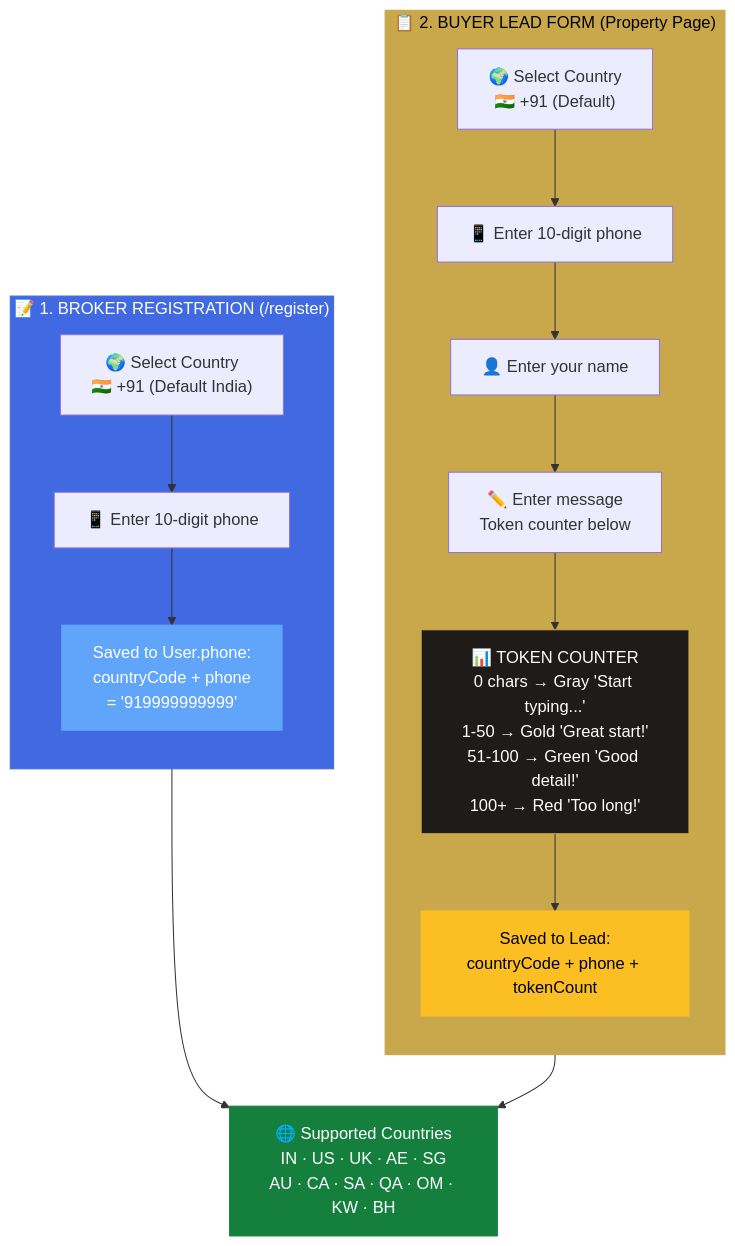
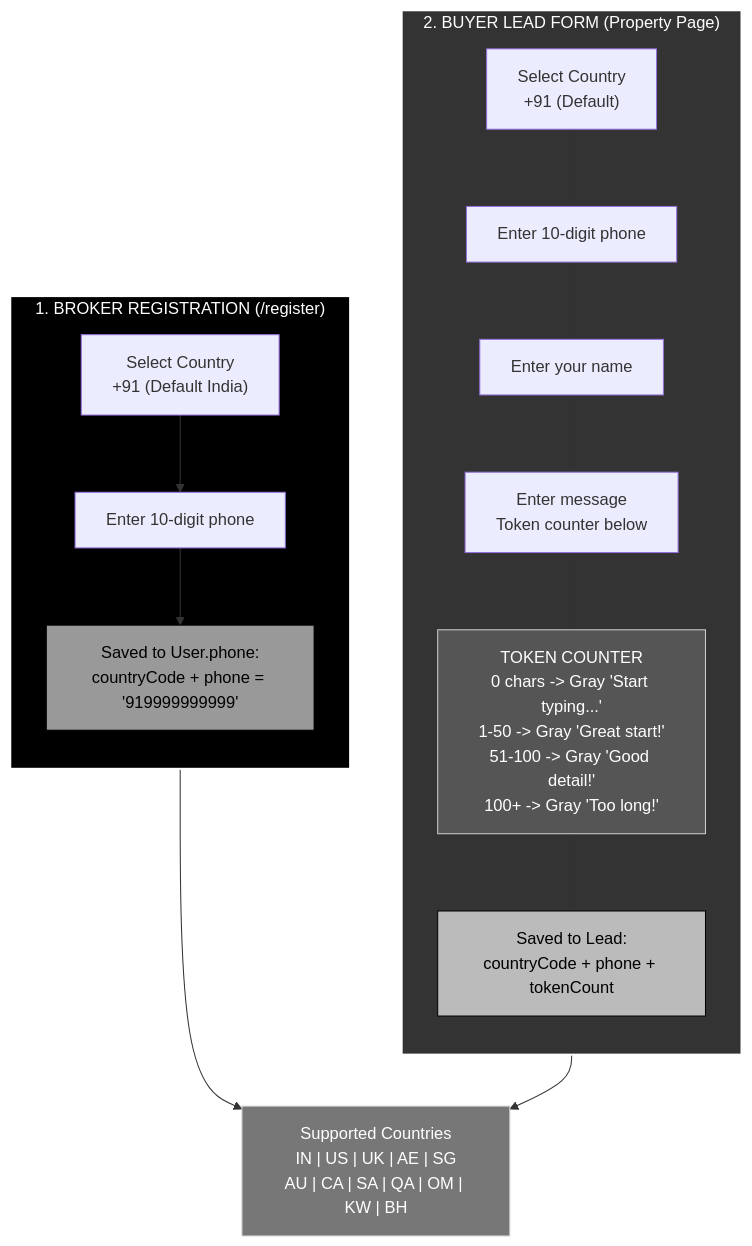
One commit to DeadCoder-N/Soryvanta changed diagram 13 of 16 in README.md. Above: the diagram before and after it, drawn with Mermaid. The commit also changed other lines of this file, not shown here.

````diff
--- a/README.md
+++ b/README.md
@@ -1004,35 +1004,35 @@
 ```mermaid
 flowchart TB
-    subgraph REGISTER["📝 1. BROKER REGISTRATION (/register)"]
+    subgraph REGISTER["1. BROKER REGISTRATION (/register)"]
         direction TB
-        R_SELECT["🌍 Select Country<br/>🇮🇳 +91 (Default India)"]
-        R_PHONE["📱 Enter 10-digit phone"]
-        R_SAVE["Saved to User.phone:<br/>countryCode + phone<br/>= '919999999999'"]
-        
+        R_SELECT["Select Country<br/>+91 (Default India)"]
+        R_PHONE["Enter 10-digit phone"]
+        R_SAVE["Saved to User.phone:<br/>countryCode + phone = '919999999999'"]
+
         R_SELECT --> R_PHONE --> R_SAVE
     end
 
-    subgraph LEADFORM["📋 2. BUYER LEAD FORM (Property Page)"]
+    subgraph LEADFORM["2. BUYER LEAD FORM (Property Page)"]
         direction TB
-        L_SELECT["🌍 Select Country<br/>🇮🇳 +91 (Default)"]
-        L_PHONE["📱 Enter 10-digit phone"]
-        L_NAME["👤 Enter your name"]
-        L_MESSAGE["✏️ Enter message<br/>Token counter below"]
-        L_TOKEN["📊 TOKEN COUNTER<br/>0 chars → Gray 'Start typing...'<br/>1-50 → Gold 'Great start!'<br/>51-100 → Green 'Good detail!'<br/>100+ → Red 'Too long!'"]
+        L_SELECT["Select Country<br/>+91 (Default)"]
+        L_PHONE["Enter 10-digit phone"]
+        L_NAME["Enter your name"]
+        L_MESSAGE["Enter message<br/>Token counter below"]
+        L_TOKEN["TOKEN COUNTER<br/>0 chars -> Gray 'Start typing...'<br/>1-50 -> Gray 'Great start!'<br/>51-100 -> Gray 'Good detail!'<br/>100+ -> Gray 'Too long!'"]
         L_SAVE["Saved to Lead:<br/>countryCode + phone + tokenCount"]
-        
+
         L_SELECT --> L_PHONE --> L_NAME --> L_MESSAGE --> L_TOKEN --> L_SAVE
     end
 
-    COUNTRIES["🌐 Supported Countries<br/>IN · US · UK · AE · SG<br/>AU · CA · SA · QA · OM · KW · BH"]
+    COUNTRIES["Supported Countries<br/>IN | US | UK | AE | SG<br/>AU | CA | SA | QA | OM | KW | BH"]
 
     REGISTER --> COUNTRIES
     LEADFORM --> COUNTRIES
 
-    style REGISTER fill:#4169E1,color:#fff,stroke:#4169E1
-    style LEADFORM fill:#C9A84C,color:#000,stroke:#C9A84C
-    style L_TOKEN fill:#1e1b18,color:#fff,stroke:#C9A84C
-    style COUNTRIES fill:#15803D,color:#fff,stroke:#15803D
-    style R_SAVE fill:#60a5fa,color:#fff,stroke:#60a5fa
-    style L_SAVE fill:#fbbf24,color:#000,stroke:#fbbf24
+    style REGISTER fill:#000,color:#fff,stroke:#fff,stroke-width:2px
+    style LEADFORM fill:#333,color:#fff,stroke:#fff,stroke-width:2px
+    style L_TOKEN fill:#555,color:#fff,stroke:#ccc
+    style COUNTRIES fill:#777,color:#fff,stroke:#ccc
+    style R_SAVE fill:#999,color:#000,stroke:#000
+    style L_SAVE fill:#bbb,color:#000,stroke:#000
 ```
````
